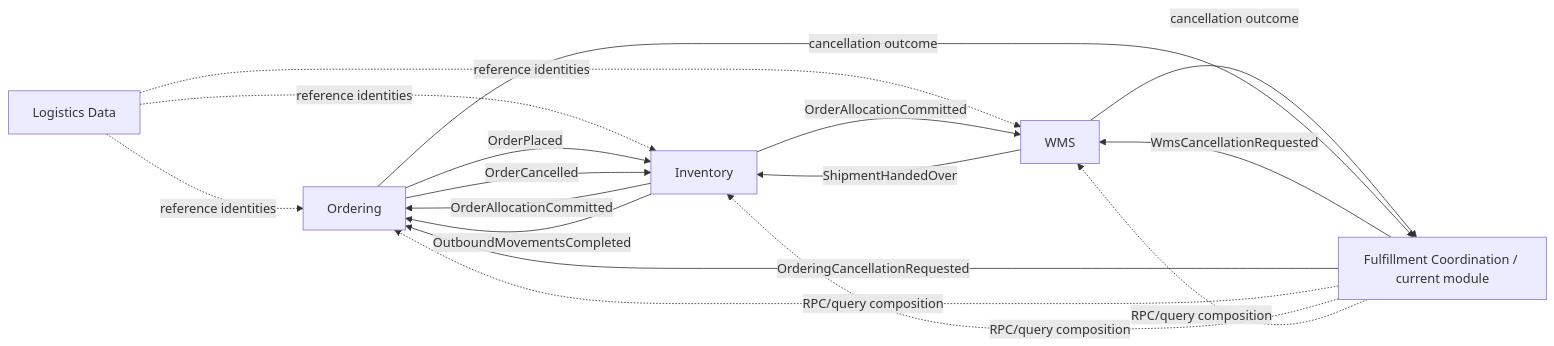
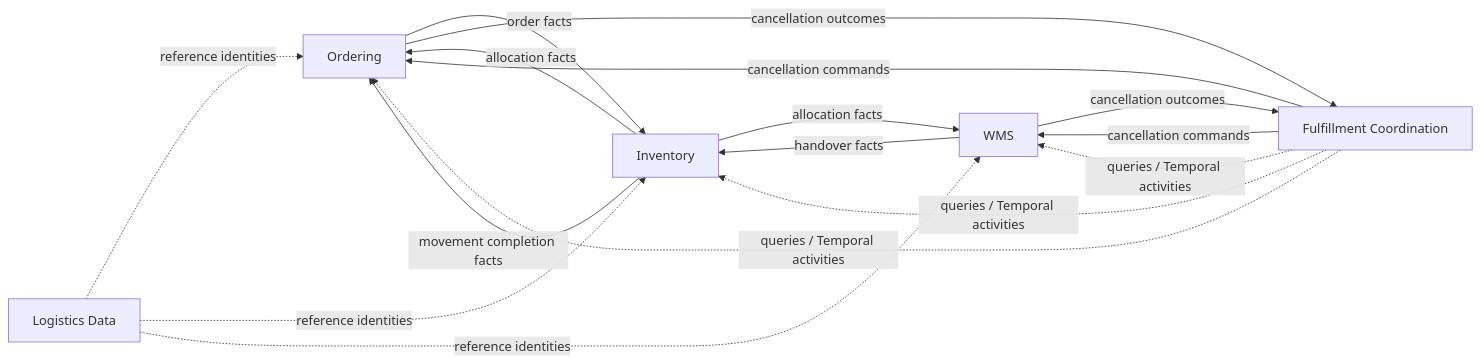
Before and after one commit to zhjiangexe/order-allocation-arch-demo: the diagram in docs/ddd/context-map.md, drawn with Mermaid. The commit also changed other lines of this file and 389 other files, not shown here.

Commit message:
docs: consolidate architecture documentation

````diff
--- a/docs/ddd/context-map.md
+++ b/docs/ddd/context-map.md
@@ -7,28 +22,24 @@
 ```mermaid
 flowchart LR
     LD[Logistics Data]
     O[Ordering]
     I[Inventory]
     W[WMS]
-    F[Fulfillment Coordination / current module]
+    F[Fulfillment Coordination]
 
     LD -. reference identities .-> O
     LD -. reference identities .-> I
     LD -. reference identities .-> W
-
-    O -- OrderPlaced --> I
-    I -- OrderAllocationCommitted --> O
-    I -- OrderAllocationCommitted --> W
-    W -- ShipmentHandedOver --> I
-    I -- OutboundMovementsCompleted --> O
-    O -- OrderCancelled --> I
-
-    F -- WmsCancellationRequested --> W
-    W -- cancellation outcome --> F
-    F -- OrderingCancellationRequested --> O
-    O -- cancellation outcome --> F
-
-    F -. RPC/query composition .-> O
-    F -. RPC/query composition .-> I
-    F -. RPC/query composition .-> W
+    O -- order facts --> I
+    I -- allocation facts --> O
+    I -- allocation facts --> W
+    W -- handover facts --> I
+    I -- movement completion facts --> O
+    F -- cancellation commands --> W
+    W -- cancellation outcomes --> F
+    F -- cancellation commands --> O
+    O -- cancellation outcomes --> F
+    F -. queries / Temporal activities .-> O
+    F -. queries / Temporal activities .-> I
+    F -. queries / Temporal activities .-> W
 ```
````
